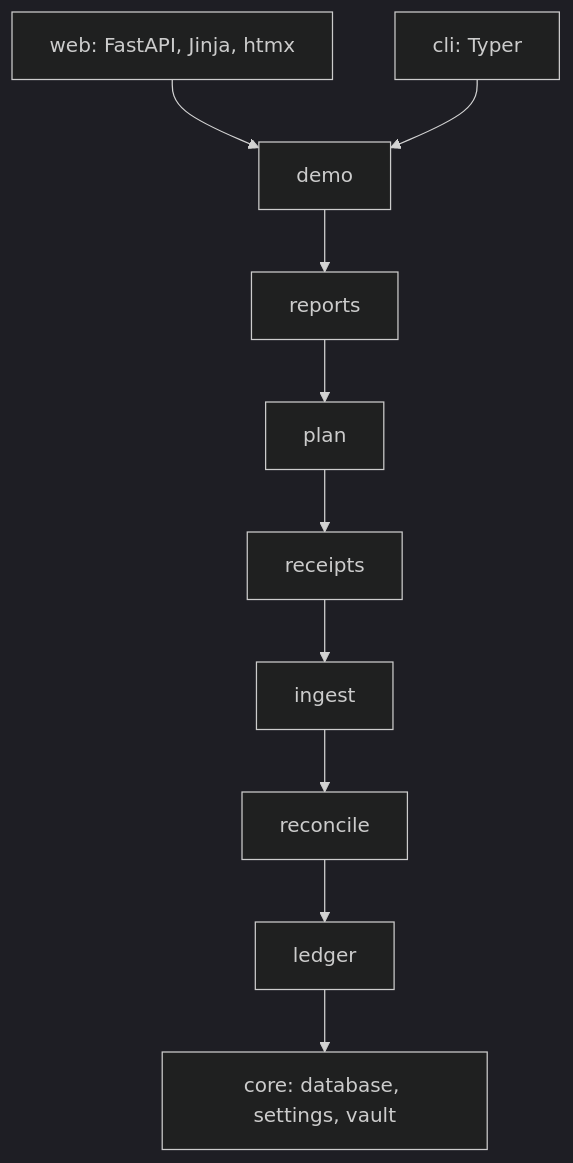
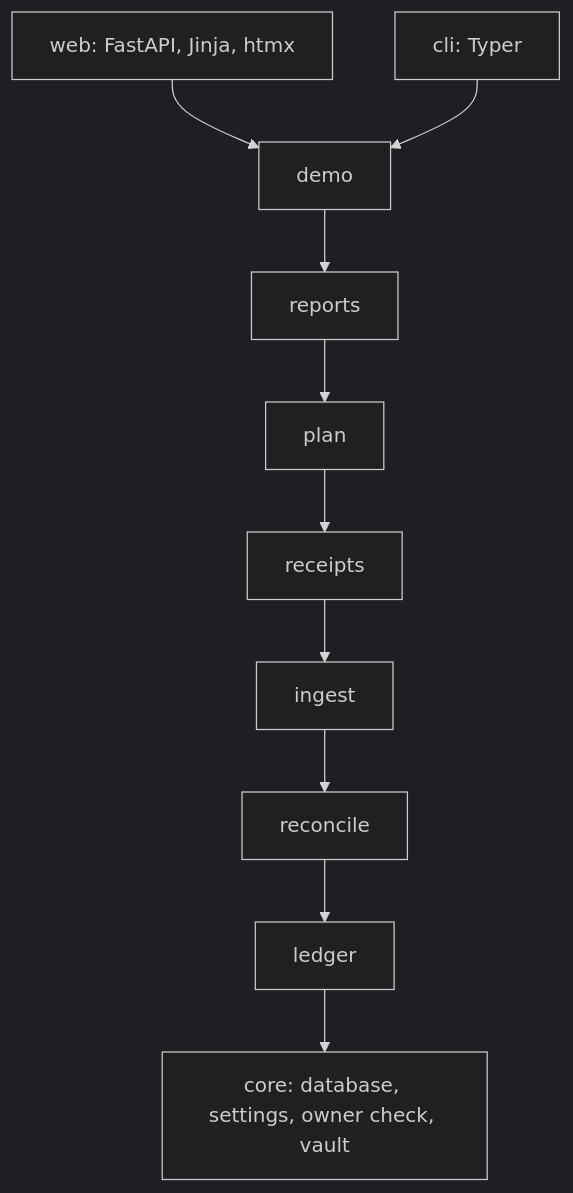
One commit to spinningyoyo/omsync changed the second of 3 diagrams in docs/architecture/system.md. Above: the diagram before and after it, drawn with Mermaid (dark theme). The commit also changed other lines of this file and 55 other files, not shown here.

First line of the commit message:
feat(access): sign in with the computer's owner check and make the vault optional

````diff
--- a/docs/architecture/system.md
+++ b/docs/architecture/system.md
@@ -32,12 +32,12 @@
 ```mermaid
 flowchart TD
     Web[web: FastAPI, Jinja, htmx] --> Demo
     CLI[cli: Typer] --> Demo
     Demo[demo] --> Reports[reports]
     Reports --> Plan[plan]
     Plan --> Receipts[receipts]
     Receipts --> Ingest[ingest]
     Ingest --> Reconcile[reconcile]
     Reconcile --> Ledger[ledger]
-    Ledger --> Core[core: database, settings, vault]
+    Ledger --> Core[core: database, settings, owner check, vault]
 ```
````
